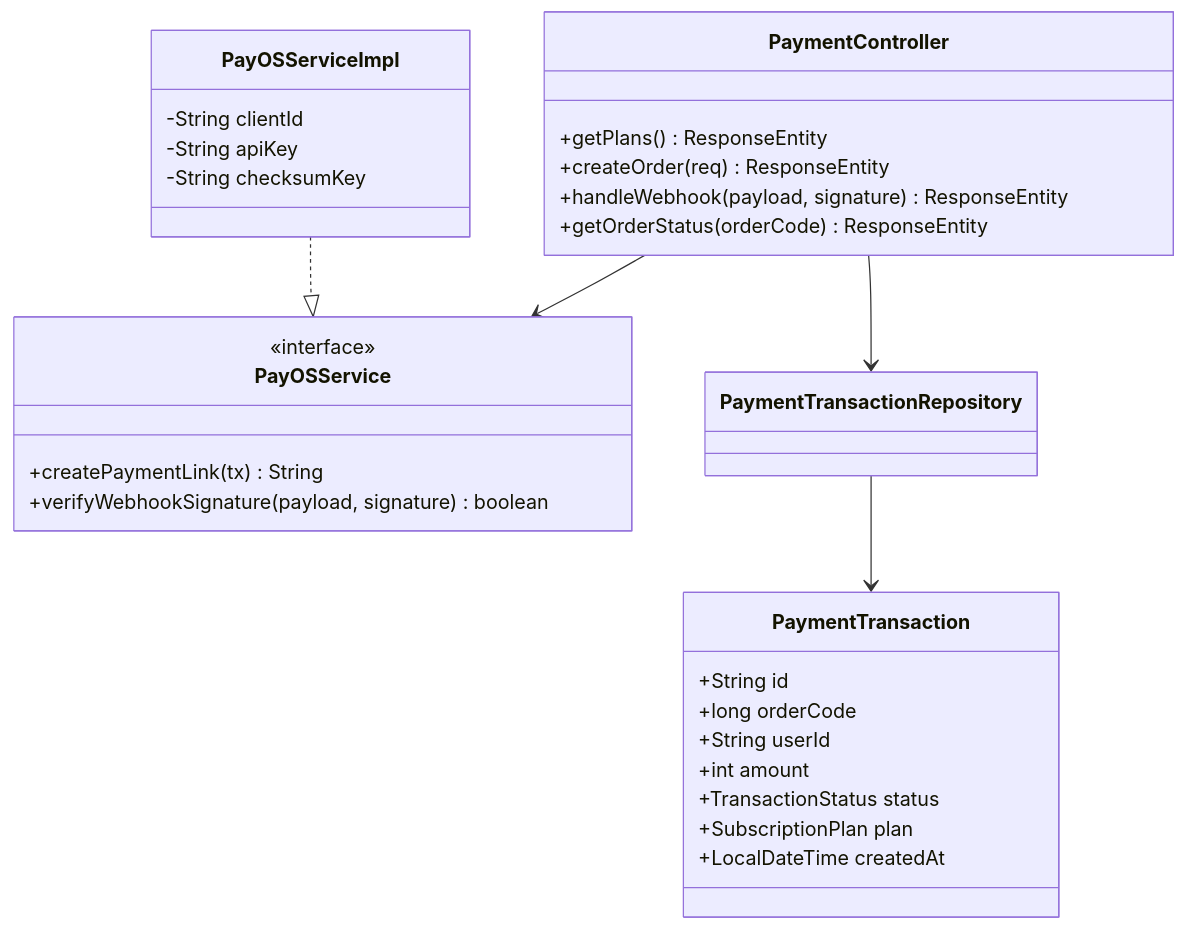
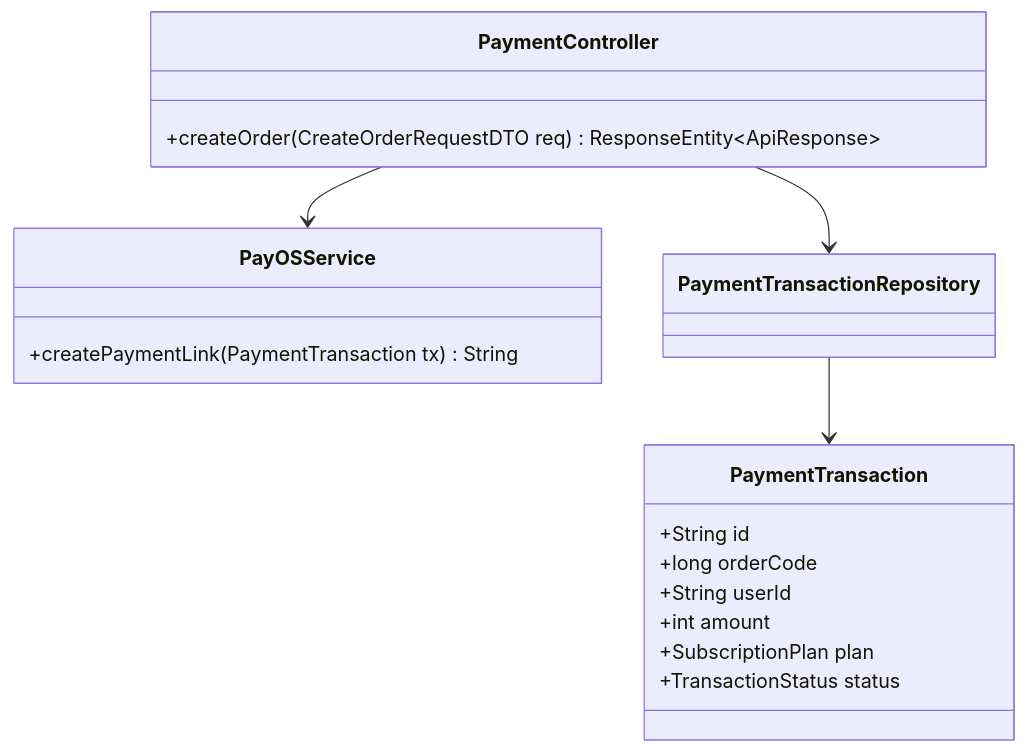
One commit to The-MC-Hub/MC_Voice_Training_Backend changed the third of 12 diagrams in docs/use-cases/UC-06-payment-subscription.md. Above: the diagram before and after it, drawn with Mermaid. The commit also changed other lines of this file and 12 other files, not shown here.

Commit message:
docs(use-cases): fully expand all sub-use-cases across all 13 UC files with dedicated Class Diagrams, Sequence Diagrams, and Unit Tests

````diff
--- a/docs/use-cases/UC-06-payment-subscription.md
+++ b/docs/use-cases/UC-06-payment-subscription.md
@@ -28,36 +62,20 @@
 ```mermaid
 classDiagram
     class PaymentController {
-        +getPlans() ResponseEntity
-        +createOrder(req) ResponseEntity
-        +handleWebhook(payload, signature) ResponseEntity
-        +getOrderStatus(orderCode) ResponseEntity
+        +createOrder(CreateOrderRequestDTO req) ResponseEntity~ApiResponse~
     }
-
     class PayOSService {
-        <<interface>>
-        +createPaymentLink(tx) String
-        +verifyWebhookSignature(payload, signature) boolean
+        +createPaymentLink(PaymentTransaction tx) String
     }
-
-    class PayOSServiceImpl {
-        -String clientId
-        -String apiKey
-        -String checksumKey
-    }
-
     class PaymentTransaction {
         +String id
         +long orderCode
         +String userId
         +int amount
+        +SubscriptionPlan plan
         +TransactionStatus status
-        +SubscriptionPlan plan
-        +LocalDateTime createdAt
     }
-
     PaymentController --> PayOSService
     PaymentController --> PaymentTransactionRepository
-    PayOSServiceImpl ..|> PayOSService
     PaymentTransactionRepository --> PaymentTransaction
 ```
````
